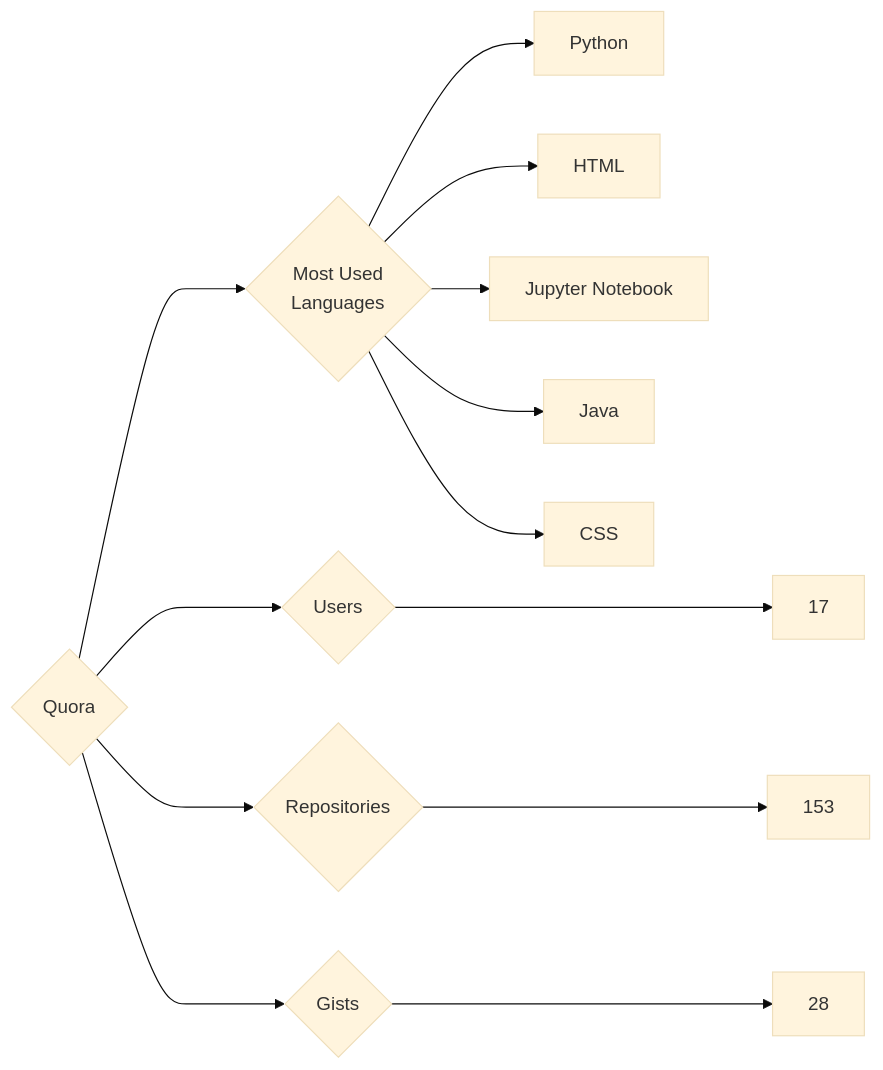
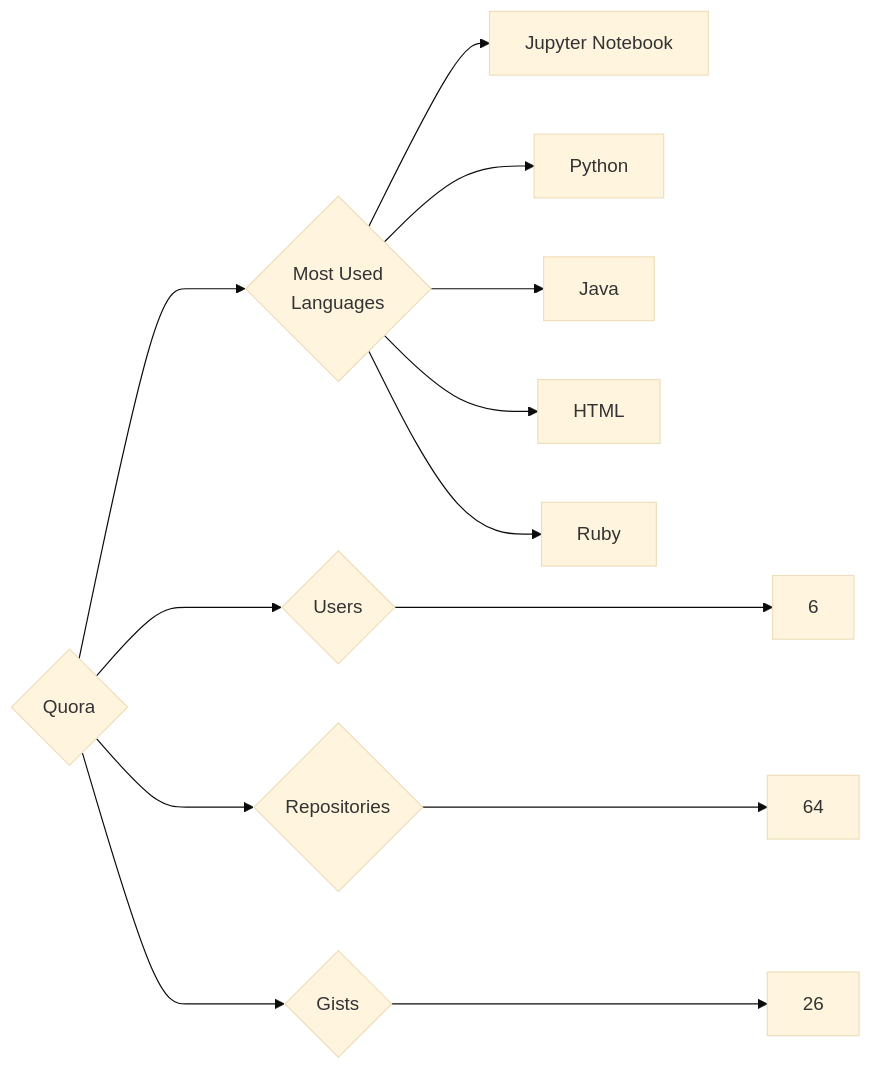
The diagram in targets/Quora/README.md (trickest/insiders), drawn with Mermaid (base theme) before and after one commit. The commit also changed 677 other files, not shown here.

````diff
--- a/targets/Quora/README.md
+++ b/targets/Quora/README.md
@@ -3,13 +3,13 @@
 ```mermaid
 graph LR
 COMPANY_NAME{Quora}
-COMPANY_NAME ---> U{Users} ---> UN[17]
-COMPANY_NAME ---> R{Repositories} ---> RN[153]
-COMPANY_NAME ---> G{Gists} ---> GN[28]
+COMPANY_NAME ---> U{Users} ---> UN[6]
+COMPANY_NAME ---> R{Repositories} ---> RN[64]
+COMPANY_NAME ---> G{Gists} ---> GN[26]
 COMPANY_NAME ---> ML{Most Used<br>Languages}
+ML --> Jupyter_Notebook[Jupyter Notebook]
 ML --> Python[Python]
+ML --> Java[Java]
 ML --> HTML[HTML]
-ML --> Jupyter_Notebook[Jupyter Notebook]
-ML --> Java[Java]
-ML --> CSS[CSS]
+ML --> Ruby[Ruby]
 ```
````
